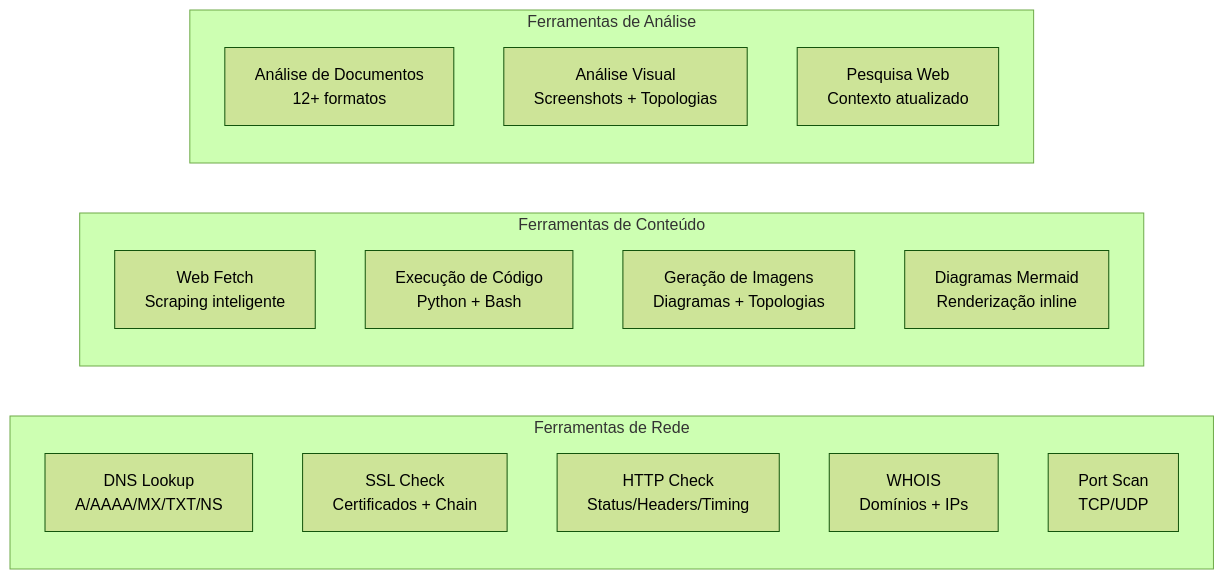
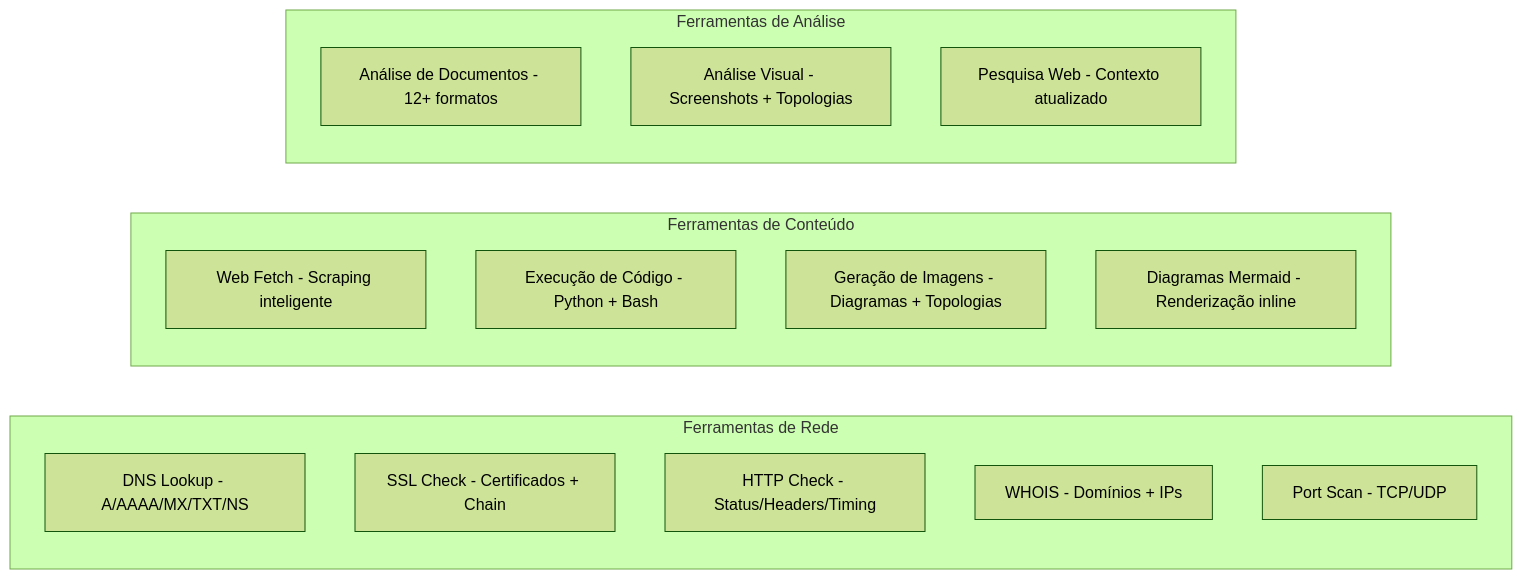
Before and after one commit to SperryTecnologia/debuga-ai: the seventh of 9 diagrams in docs/WHITEPAPER_PTBR.md, drawn with Mermaid (forest theme). The commit also changed other lines of this file and 213 other files, not shown here.

````diff
--- a/docs/WHITEPAPER_PTBR.md
+++ b/docs/WHITEPAPER_PTBR.md
@@ -225,21 +225,21 @@
 ```mermaid
 graph LR
     subgraph "Ferramentas de Rede"
-        DNS[DNS Lookup<br/>A/AAAA/MX/TXT/NS]
-        SSL[SSL Check<br/>Certificados + Chain]
-        HTTP[HTTP Check<br/>Status/Headers/Timing]
-        WHOIS[WHOIS<br/>Domínios + IPs]
-        PORT[Port Scan<br/>TCP/UDP]
+        DNS["DNS Lookup - A/AAAA/MX/TXT/NS"]
+        SSL[SSL Check - Certificados + Chain]
+        HTTP["HTTP Check - Status/Headers/Timing"]
+        WHOIS[WHOIS - Domínios + IPs]
+        PORT["Port Scan - TCP/UDP"]
     end
     subgraph "Ferramentas de Conteúdo"
-        FETCH[Web Fetch<br/>Scraping inteligente]
-        CODE[Execução de Código<br/>Python + Bash]
-        IMGGEN[Geração de Imagens<br/>Diagramas + Topologias]
-        MERMAID[Diagramas Mermaid<br/>Renderização inline]
+        FETCH[Web Fetch - Scraping inteligente]
+        CODE[Execução de Código - Python + Bash]
+        IMGGEN[Geração de Imagens - Diagramas + Topologias]
+        MERMAID[Diagramas Mermaid - Renderização inline]
     end
     subgraph "Ferramentas de Análise"
-        UPLOAD[Análise de Documentos<br/>12+ formatos]
-        VISION[Análise Visual<br/>Screenshots + Topologias]
-        SEARCH[Pesquisa Web<br/>Contexto atualizado]
+        UPLOAD[Análise de Documentos - 12+ formatos]
+        VISION[Análise Visual - Screenshots + Topologias]
+        SEARCH[Pesquisa Web - Contexto atualizado]
     end
 ```
````
